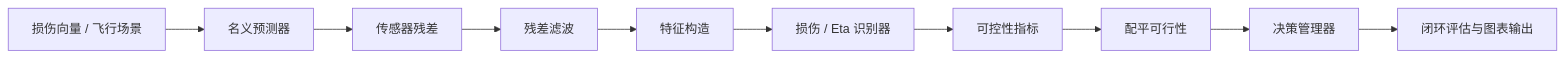
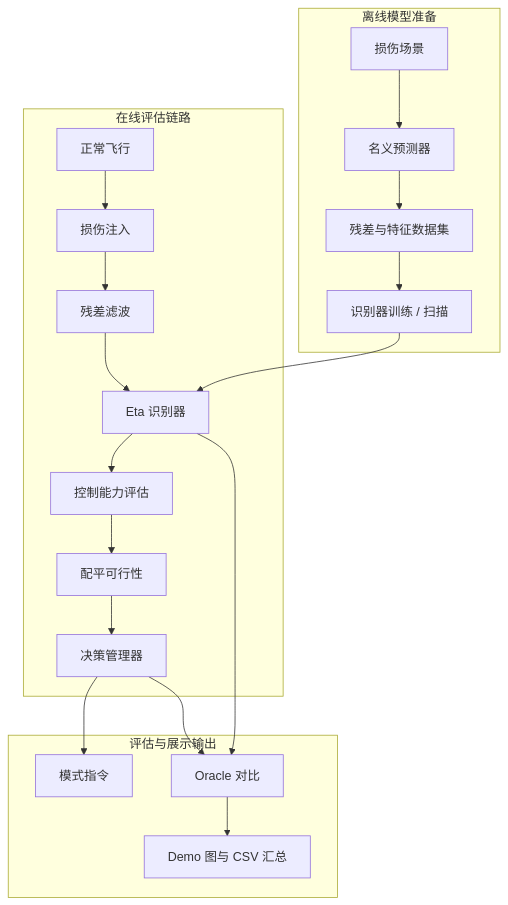
Before and after one commit to Markslenin/Aircraft-damage-assessment-and-decision: the diagram in README.zh-CN.md, drawn with Mermaid. The commit also changed other lines of this file and 2 other files, not shown here.

Commit message:
Improve README pipeline and demo figure showcase

````diff
--- a/README.zh-CN.md
+++ b/README.zh-CN.md
@@ -74,12 +74,26 @@
 ```mermaid
-flowchart LR
-    A["损伤向量 / 飞行场景"] --> B["名义预测器"]
-    B --> C["传感器残差"]
-    C --> D["残差滤波"]
-    D --> E["特征构造"]
-    E --> F["损伤 / Eta 识别器"]
-    F --> G["可控性指标"]
-    G --> H["配平可行性"]
-    H --> I["决策管理器"]
-    I --> J["闭环评估与图表输出"]
+flowchart TD
+    subgraph Offline["离线模型准备"]
+        A["损伤场景"] --> B["名义预测器"]
+        B --> C["残差与特征数据集"]
+        C --> D["识别器训练 / 扫描"]
+    end
+
+    subgraph Online["在线评估链路"]
+        E["正常飞行"] --> F["损伤注入"]
+        F --> G["残差滤波"]
+        G --> H["Eta 识别器"]
+        H --> I["控制能力评估"]
+        I --> J["配平可行性"]
+        J --> K["决策管理器"]
+    end
+
+    subgraph Outputs["评估与展示输出"]
+        K --> L["模式指令"]
+        K --> M["Oracle 对比"]
+        H --> M
+        M --> N["Demo 图与 CSV 汇总"]
+    end
+
+    D --> H
 ```
````
